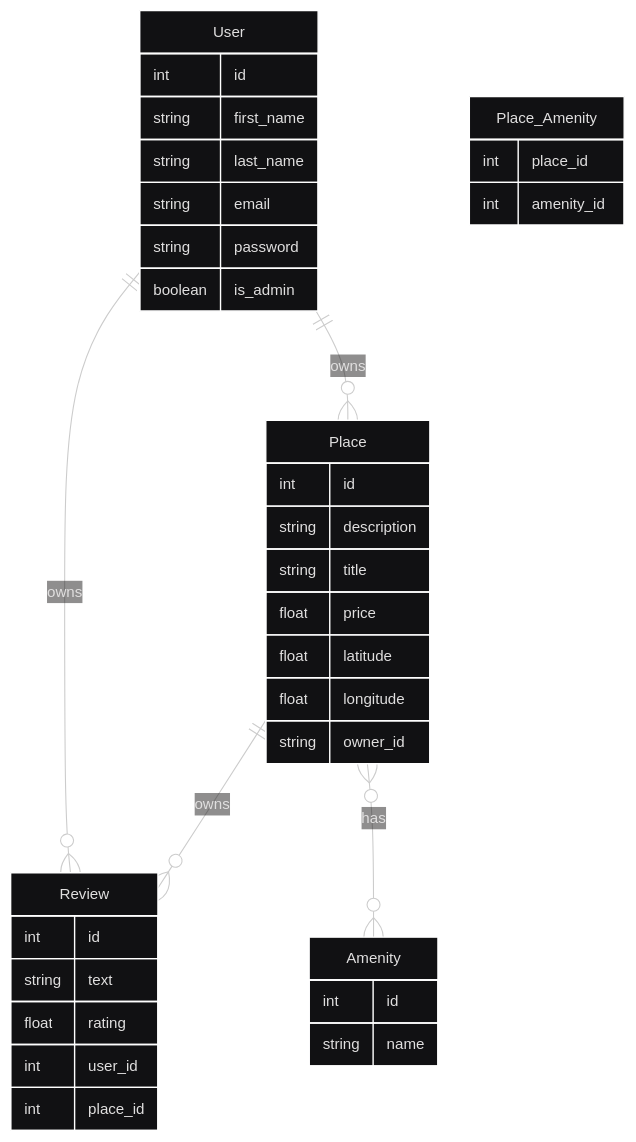
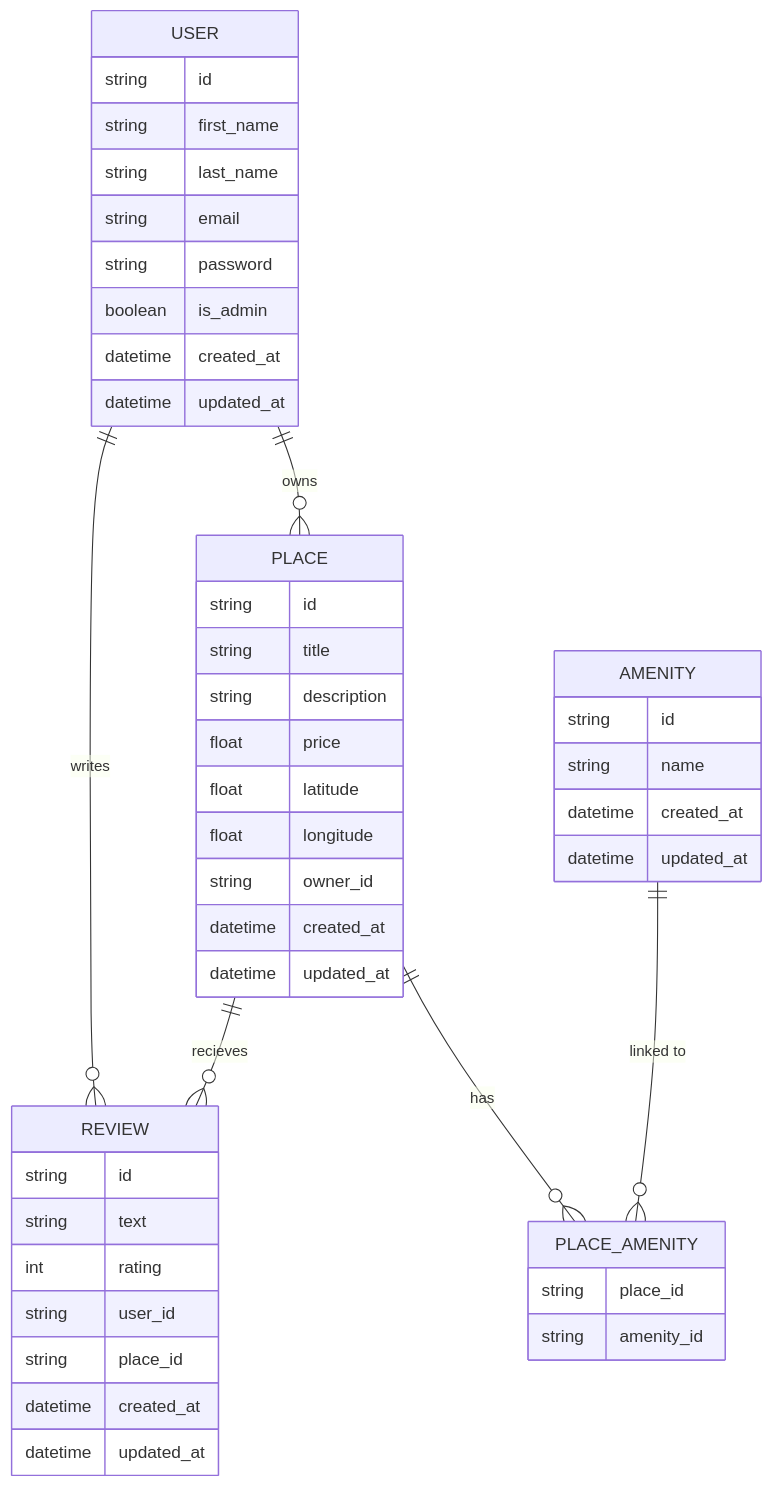
One commit to AGoutieras/holbertonschool-hbnb changed the diagram in part3/hbnb/Diagram.mmd. Above: the diagram before and after it, drawn with Mermaid.

Commit message:
docs: update ER diagram with entity relationships

```diff
--- a/part3/hbnb/Diagram.mmd
+++ b/part3/hbnb/Diagram.mmd
@@ -1,47 +1,51 @@
----
-config:
-  theme: redux-dark
----
 erDiagram
+    USER {
+        string id
+        string first_name
+        string last_name
+        string email
+        string password
+        boolean is_admin
+        datetime created_at
+        datetime updated_at
+    }
 
-User {
-    int id
-    string first_name
-    string last_name
-    string email
-    string password
-    boolean is_admin
-}
+    PLACE {
+        string id
+        string title
+        string description
+        float price
+        float latitude
+        float longitude
+        string owner_id
+        datetime created_at
+        datetime updated_at
+    }
 
-Place {
-    int id
-    string description
-    string title
-    float price
-    float latitude
-    float longitude
-    string owner_id
-}
+    REVIEW {
+        string id
+        string text
+        int rating
+        string user_id
+        string place_id
+        datetime created_at
+        datetime updated_at
+    }
 
-Review {
-    int id
-    string text
-    float rating
-    int user_id
-    int place_id
-}
+    AMENITY {
+        string id
+        string name
+        datetime created_at
+        datetime updated_at
+    }
 
-Amenity {
-    int id
-    string name
-}
+    PLACE_AMENITY {
+        string place_id
+        string amenity_id
+    }
 
-Place_Amenity {
-    int place_id
-    int amenity_id
-}
-
-User ||--o{ Place : "owns"
-Place ||--o{ Review : "owns"
-User ||--o{ Review : "owns"
-Place }o--o{ Amenity : "has"
+    USER ||--o{ PLACE : "owns"
+    USER ||--o{ REVIEW : "writes"
+    PLACE||--o{ REVIEW : "recieves"
+    PLACE||--o{ PLACE_AMENITY : "has"
+    AMENITY||--o{ PLACE_AMENITY : "linked to"
```
